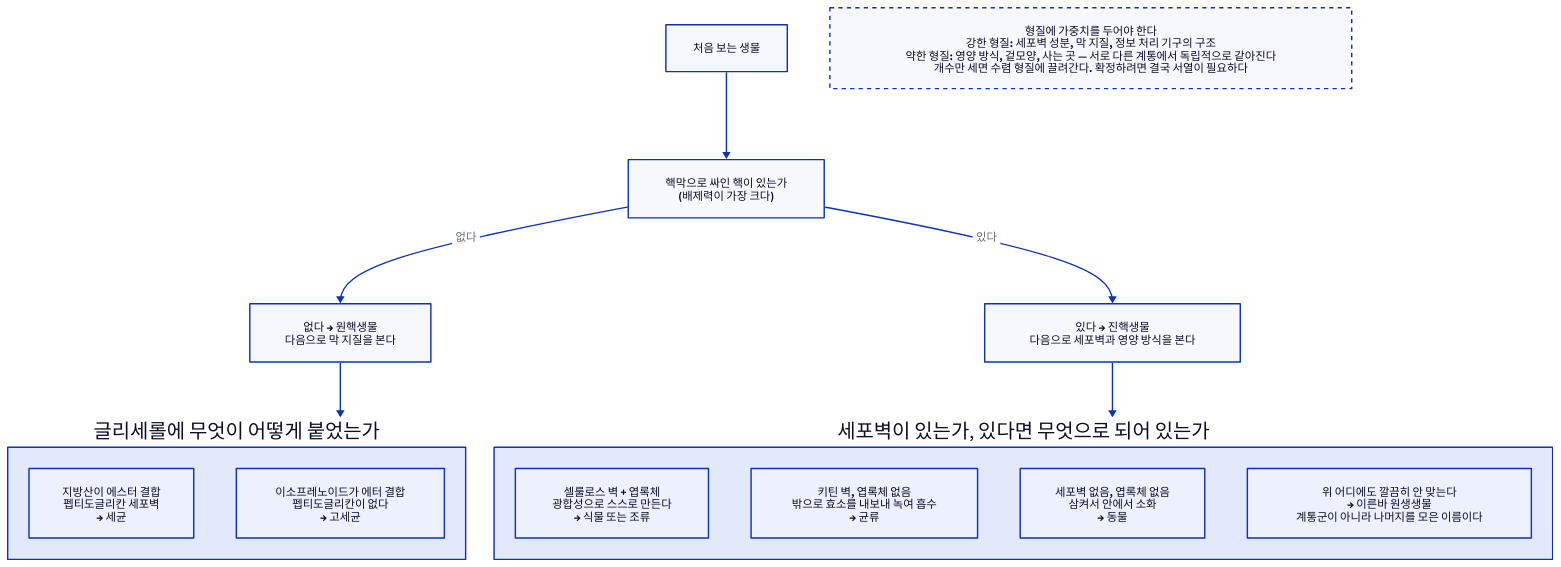
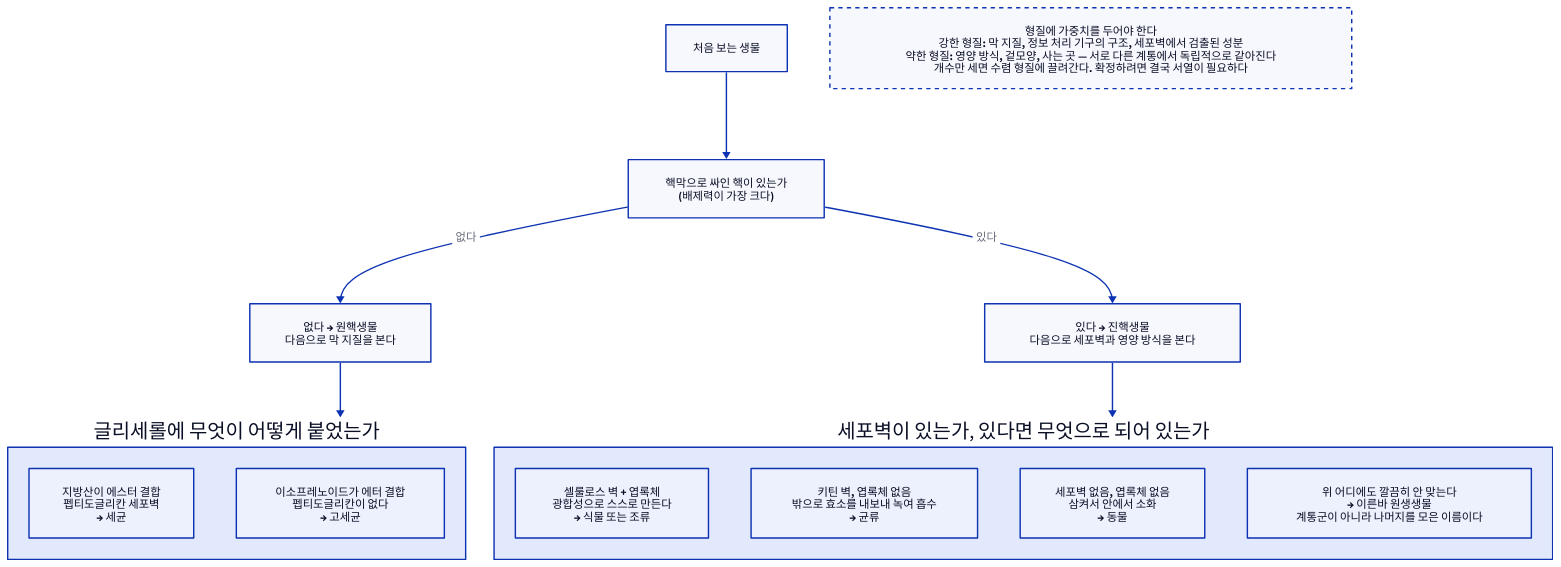
The diagram in d2/biology/bio-org-clade-key.d2 (Dong-gi/Dong-gi.github.io), drawn with D2 before and after one commit. The commit also changed 622 other files, not shown here.

```diff
--- a/d2/biology/bio-org-clade-key.d2
+++ b/d2/biology/bio-org-clade-key.d2
@@ -1,39 +1,39 @@
 # 처음 보는 생물을 만났을 때 무엇부터 확인할 것인가 — 14장(생물의 다양성).
 #
 # 무엇을 읽어야 하나: 위에서 아래로 갈수록 형질의 배제력이 약해진다.
 # 맨 위의 두 갈래는 예외가 거의 없고, 아래로 갈수록 수렴 진화 때문에 틀릴 수 있다.
 # 그래서 이 열쇠는 판정을 내리는 도구가 아니라 가설을 좁히는 도구다.
 direction: down
 
 시작: {
   label: "처음 보는 생물"
   style.bold: true
 }
 
 핵막: { label: "핵막으로 싸인 핵이 있는가\n(배제력이 가장 크다)" }
 원핵: { label: "없다 → 원핵생물\n다음으로 막 지질을 본다" }
 지질: {
   label: "글리세롤에 무엇이 어떻게 붙었는가"
   세균: { label: "지방산이 에스터 결합\n펩티도글리칸 세포벽\n→ 세균" }
   고세균: { label: "이소프레노이드가 에터 결합\n펩티도글리칸이 없다\n→ 고세균" }
 }
 
 진핵: { label: "있다 → 진핵생물\n다음으로 세포벽과 영양 방식을 본다" }
 벽: {
   label: "세포벽이 있는가, 있다면 무엇으로 되어 있는가"
   식물: { label: "셀룰로스 벽 + 엽록체\n광합성으로 스스로 만든다\n→ 식물 또는 조류" }
   균류: { label: "키틴 벽, 엽록체 없음\n밖으로 효소를 내보내 녹여 흡수\n→ 균류" }
   동물: { label: "세포벽 없음, 엽록체 없음\n삼켜서 안에서 소화\n→ 동물" }
   나머지: { label: "위 어디에도 깔끔히 안 맞는다\n→ 이른바 원생생물\n계통군이 아니라 나머지를 모은 이름이다" }
 }
 
 시작 -> 핵막
 핵막 -> 원핵: "없다"
 핵막 -> 진핵: "있다"
 원핵 -> 지질
 진핵 -> 벽
 
 주의: {
-  label: "형질에 가중치를 두어야 한다\n강한 형질: 세포벽 성분, 막 지질, 정보 처리 기구의 구조\n약한 형질: 영양 방식, 겉모양, 사는 곳 — 서로 다른 계통에서 독립적으로 같아진다\n개수만 세면 수렴 형질에 끌려간다. 확정하려면 결국 서열이 필요하다"
+  label: "형질에 가중치를 두어야 한다\n강한 형질: 막 지질, 정보 처리 기구의 구조, 세포벽에서 검출된 성분\n약한 형질: 영양 방식, 겉모양, 사는 곳 — 서로 다른 계통에서 독립적으로 같아진다\n개수만 세면 수렴 형질에 끌려간다. 확정하려면 결국 서열이 필요하다"
   style.stroke-dash: 3
 }
```
